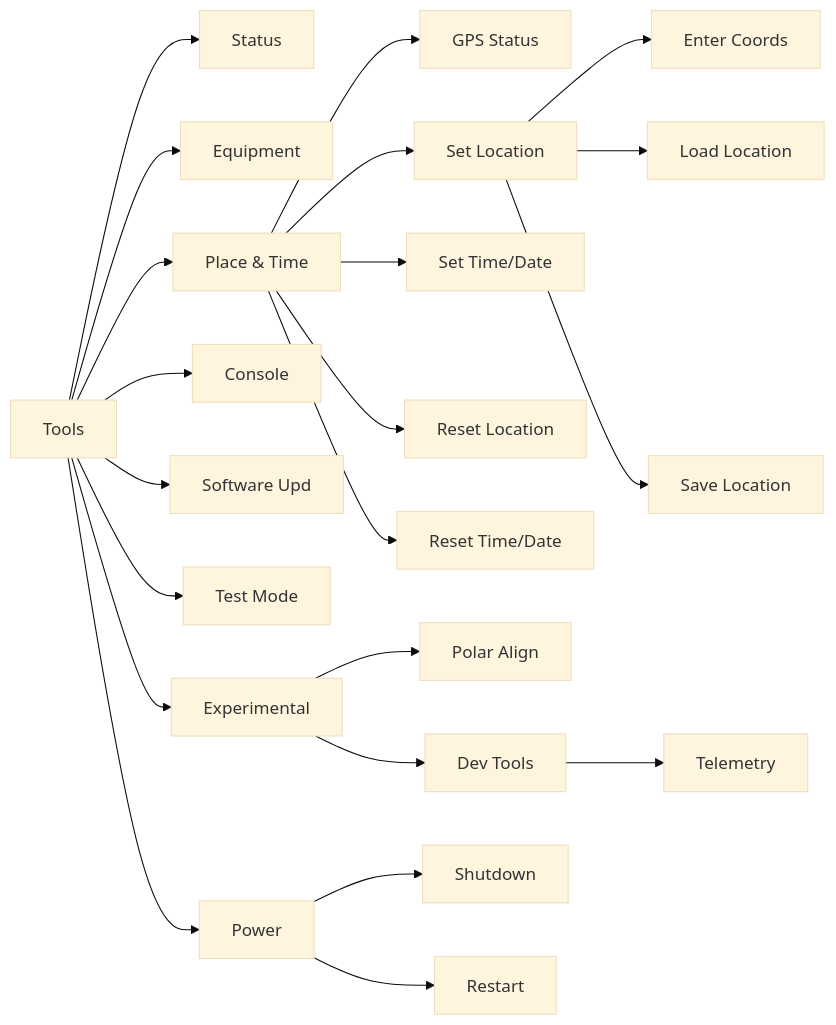
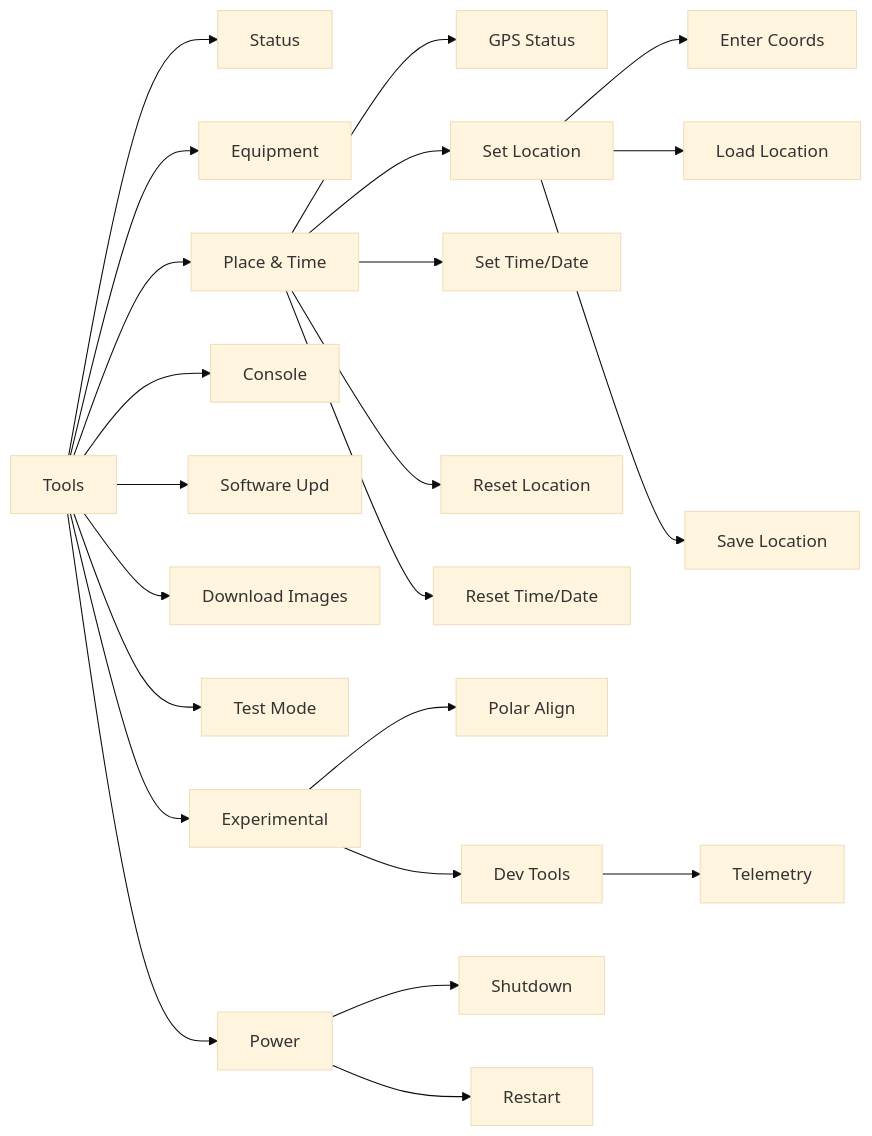
One commit to brickbots/PiFinder changed the fifth of 5 diagrams in docs/source/menu_map.rst. Above: the diagram before and after it, drawn with Mermaid (base theme). The commit also changed other lines of this file and 26 other files, not shown here.

```diff
--- a/docs/source/menu_map.rst
+++ b/docs/source/menu_map.rst
@@ -286,24 +286,25 @@
 .. mermaid::
 
    flowchart LR
        Tools --> Status
        Tools --> Equipment
        Tools --> PnT["Place & Time"]
        Tools --> Console
        Tools --> SU["Software Upd"]
+       Tools --> DI["Download Images"]
        Tools --> TM["Test Mode"]
        Tools --> Exp["Experimental"]
        Tools --> Power
        PnT --> G2["GPS Status"]
        PnT --> SL["Set Location"]
        PnT --> STD["Set Time/Date"]
        PnT --> RL["Reset Location"]
        PnT --> RTD["Reset Time/Date"]
        SL --> EC["Enter Coords"]
        SL --> LL["Load Location"]
        SL --> SV["Save Location"]
        Exp --> PA["Polar Align"]
        Exp --> DT["Dev Tools"]
        DT --> Tel["Telemetry"]
        Power --> Shutdown
        Power --> Restart
```
